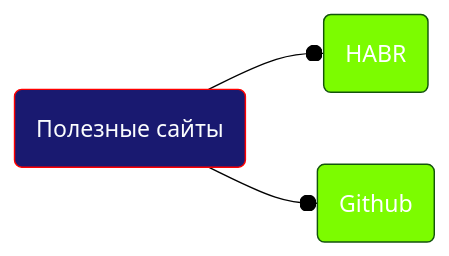
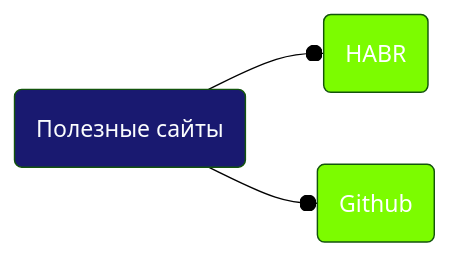
The diagram in test.md (Kostrov2003/FirstSite), drawn with Mermaid (forest theme) before and after one commit.

````diff
--- a/test.md
+++ b/test.md
@@ -1,13 +1,13 @@
 ```mermaid 
 graph LR
-classDef class1 fill:#191970,stroke:#FF0000,color:#fbfdfe
+classDef class1 fill:#191970, color:#fbfdfe
 classDef class2 fill:#7CFC00,color:#FFFFFF
 
 A(Полезные сайты<br>):::class1 --o B(HABR):::class2
 click B "https://habr.com/ru/all/" _blank
 
 A --o C(Github<br>):::class2
 click C "https://github.com/" _blank
 
 
 ```
````
